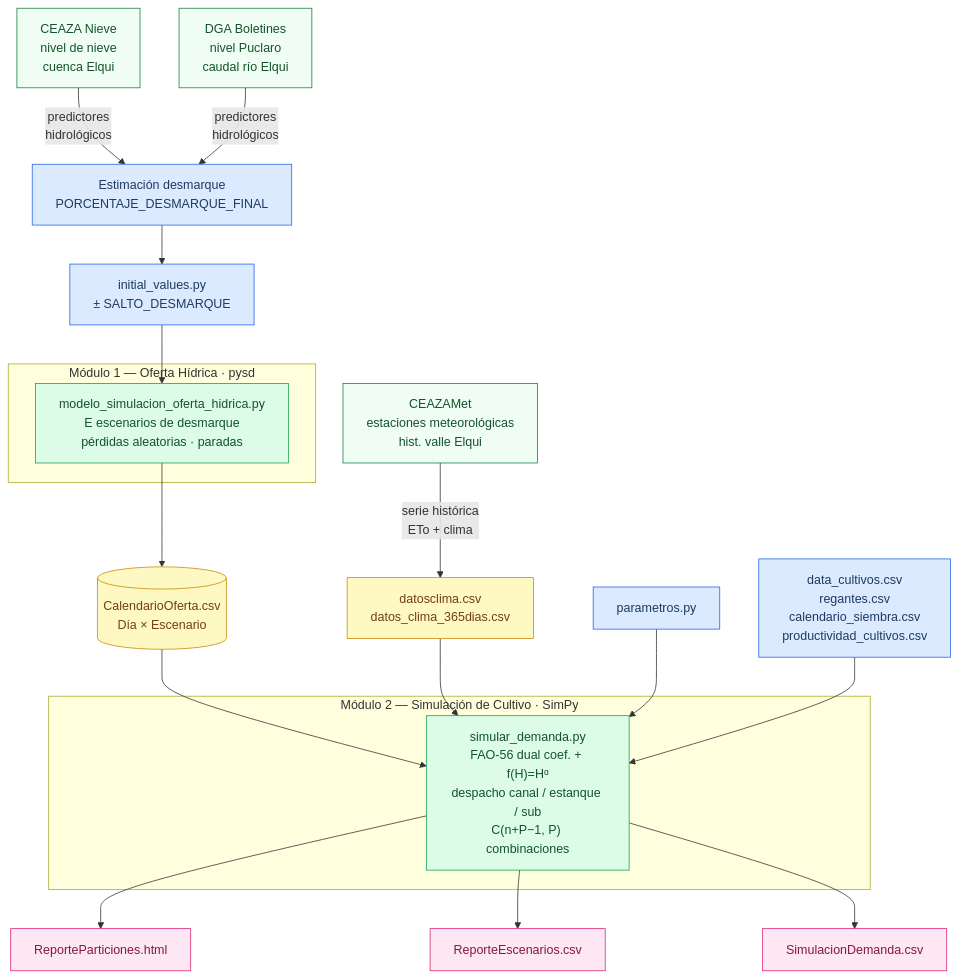
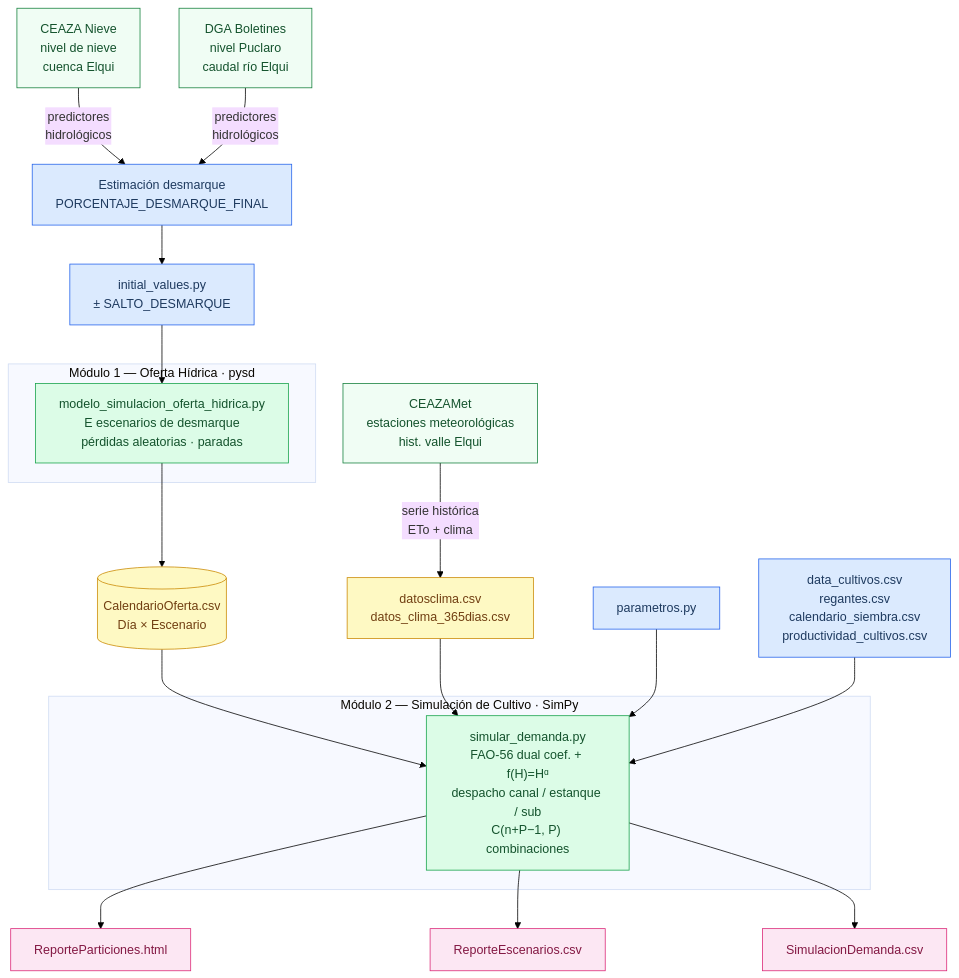
Before and after one commit to toniesky/Simulaci-n-multiparadigma-cultivo: the fourth of 4 diagrams in README.md, drawn with Mermaid. The commit also changed other lines of this file, not shown here.

Commit message:
style: fondo blanco en los 4 diagramas Mermaid

````diff
--- a/README.md
+++ b/README.md
@@ -594,45 +597,46 @@
 ```mermaid
+%%{init: {'theme': 'base', 'themeVariables': {'background': '#ffffff', 'primaryBackground': '#ffffff'}}}%%
 flowchart TD
     classDef src  fill:#f0fdf4,stroke:#15803d,color:#14532d
     classDef cfg  fill:#dbeafe,stroke:#2563eb,color:#1e3a5f
     classDef proc fill:#dcfce7,stroke:#16a34a,color:#14532d
     classDef data fill:#fef9c3,stroke:#ca8a04,color:#713f12
     classDef out  fill:#fce7f3,stroke:#db2777,color:#831843
 
     %% ── Fuentes de datos externas ──────────────────────────
     CEAZAMET["CEAZAMet\nestaciones meteorológicas\nhist. valle Elqui"]:::src
     NIEVE["CEAZA Nieve\nnivel de nieve\ncuenca Elqui"]:::src
     DGA["DGA Boletines\nnivel Puclaro\ncaudal río Elqui"]:::src
 
     %% ── Preparación de entradas ─────────────────────────────
     CEAZAMET -->|"serie histórica\nETo + clima"| CLIMA["datosclima.csv\ndatos_clima_365dias.csv"]:::data
     NIEVE    -->|"predictores\nhidrológicos"| EST["Estimación desmarque\nPORCENTAJE_DESMARQUE_FINAL"]:::cfg
     DGA      -->|"predictores\nhidrológicos"| EST
 
     %% ── Módulo 1: Oferta Hídrica ────────────────────────────
     EST --> IV["initial_values.py\n± SALTO_DESMARQUE"]:::cfg
 
     subgraph MOH["Módulo 1 — Oferta Hídrica · pysd"]
         MSA["modelo_simulacion_oferta_hidrica.py\nE escenarios de desmarque\npérdidas aleatorias · paradas"]:::proc
     end
 
     IV --> MSA
     MSA --> CO[("CalendarioOferta.csv\nDía × Escenario")]:::data
 
     %% ── Módulo 2: Simulación de Cultivo ─────────────────────
     PAR["parametros.py"]:::cfg
     INP["data_cultivos.csv\nregantes.csv\ncalendario_siembra.csv\nproductividad_cultivos.csv"]:::cfg
 
     subgraph MSC["Módulo 2 — Simulación de Cultivo · SimPy"]
         SIM["simular_demanda.py\nFAO-56 dual coef. + f(H)=Hᵅ\ndespacho canal / estanque / sub\nC(n+P−1, P) combinaciones"]:::proc
     end
 
     CO    --> SIM
     CLIMA --> SIM
     PAR   --> SIM
     INP   --> SIM
 
     SIM --> HTML["ReporteParticiones.html"]:::out
     SIM --> R1["ReporteEscenarios.csv"]:::out
     SIM --> R2["SimulacionDemanda.csv"]:::out
 ```
````
